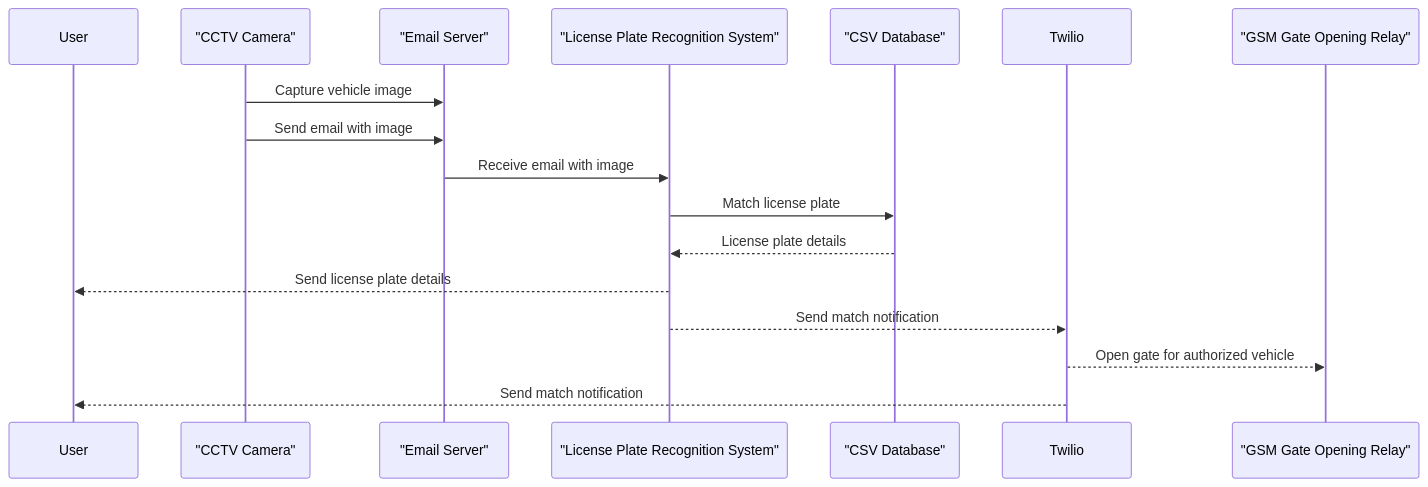
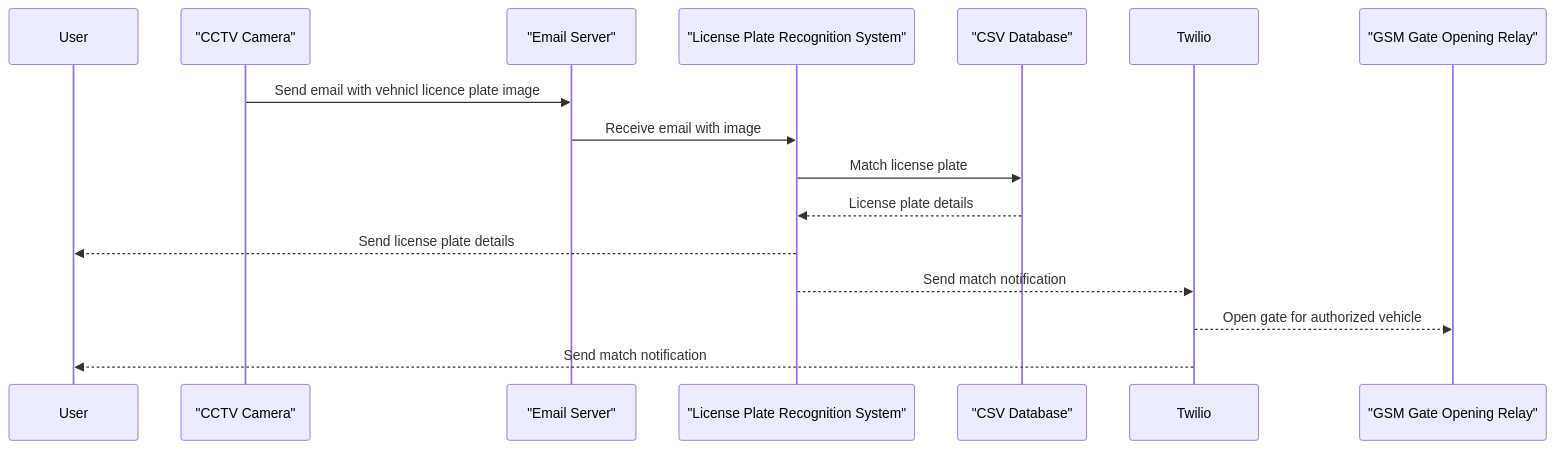
One commit to ciaran-finnegan/License-Plate-Recognition-Notifier changed the diagram in README.md. Above: the diagram before and after it, drawn with Mermaid.

````diff
--- a/README.md
+++ b/README.md
@@ -9,20 +9,19 @@
 ```mermaid
 sequenceDiagram
     participant User
     participant Camera as "CCTV Camera"
     participant EmailServer as "Email Server"
     participant PlateRecognizer as "License Plate Recognition System"
     participant Database as "CSV Database"
     participant Twilio
     participant GateRelay as "GSM Gate Opening Relay"
 
-    Camera ->> EmailServer: Capture vehicle image
-    Camera ->> EmailServer: Send email with image
+    Camera ->> EmailServer: Send email with vehnicl licence plate image
     EmailServer ->> PlateRecognizer: Receive email with image
     PlateRecognizer ->> Database: Match license plate
     Database -->> PlateRecognizer: License plate details
     PlateRecognizer -->> User: Send license plate details
     PlateRecognizer -->> Twilio: Send match notification
     Twilio -->> GateRelay: Open gate for authorized vehicle
     Twilio -->> User: Send match notification
 ```
````
